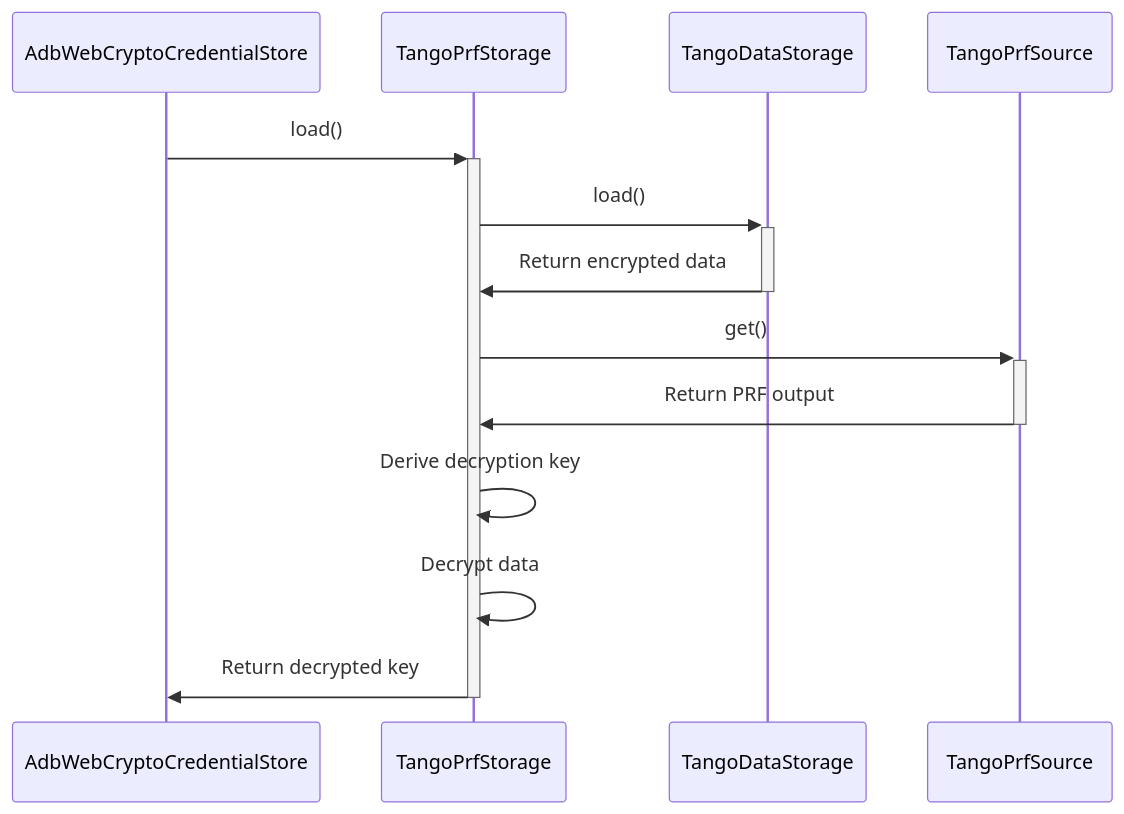
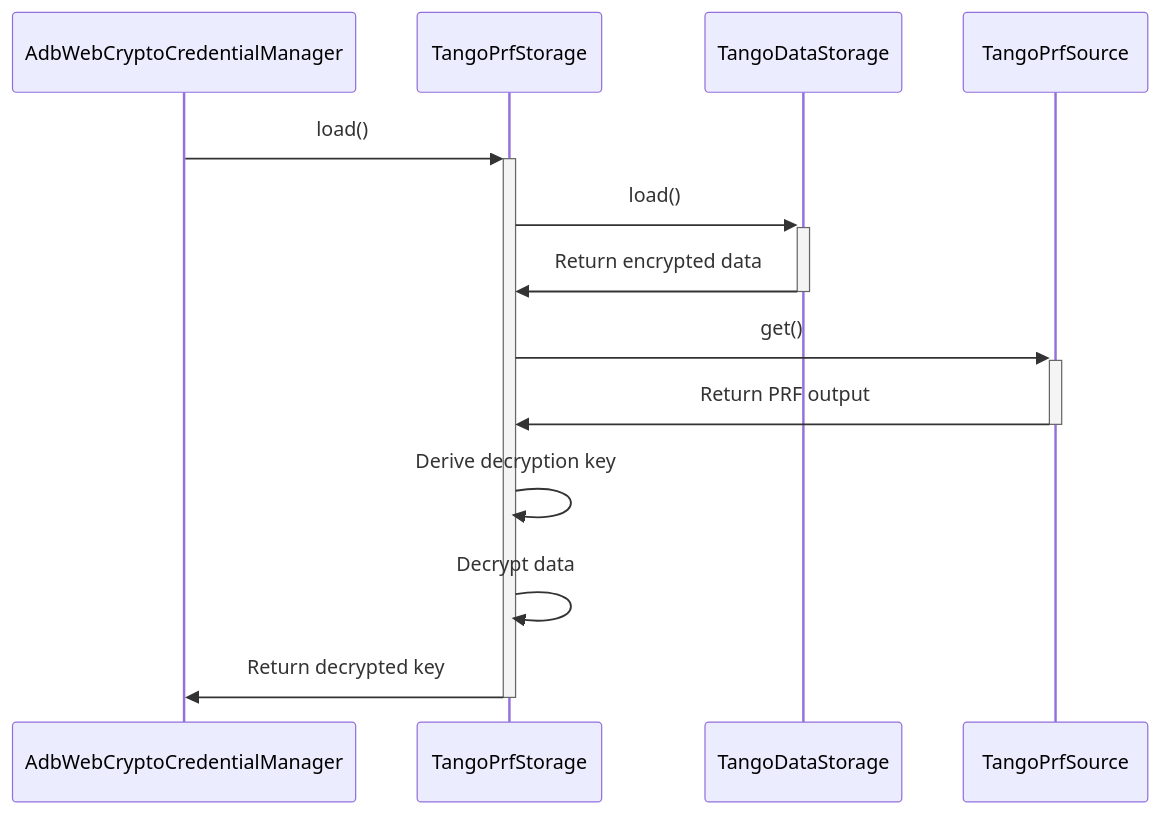
Before and after one commit to tango-adb/docs: the fifth of 6 diagrams in docs/tango/daemon/credential-store/prf.mdx, drawn with Mermaid. The commit also changed other lines of this file and 8 other files, not shown here.

Commit message:
update credential manager section

````diff
--- a/docs/tango/daemon/credential-store/prf.mdx
+++ b/docs/tango/daemon/credential-store/prf.mdx
@@ -98,21 +98,21 @@
 ```mermaid
 sequenceDiagram
 
-participant AdbWebCryptoCredentialStore
+participant AdbWebCryptoCredentialManager
 participant TangoPrfStorage
 participant TangoDataStorage
 participant TangoPrfSource
 
-AdbWebCryptoCredentialStore->>+TangoPrfStorage: load()
+AdbWebCryptoCredentialManager->>+TangoPrfStorage: load()
 
 TangoPrfStorage->>+TangoDataStorage: load()
 TangoDataStorage->>-TangoPrfStorage: Return encrypted data
 
 TangoPrfStorage->>+TangoPrfSource: get()
 TangoPrfSource->>-TangoPrfStorage: Return PRF output
 
 TangoPrfStorage->>TangoPrfStorage: Derive decryption key
 TangoPrfStorage->>TangoPrfStorage: Decrypt data
 
-TangoPrfStorage->>-AdbWebCryptoCredentialStore: Return decrypted key
+TangoPrfStorage->>-AdbWebCryptoCredentialManager: Return decrypted key
 ```
````
